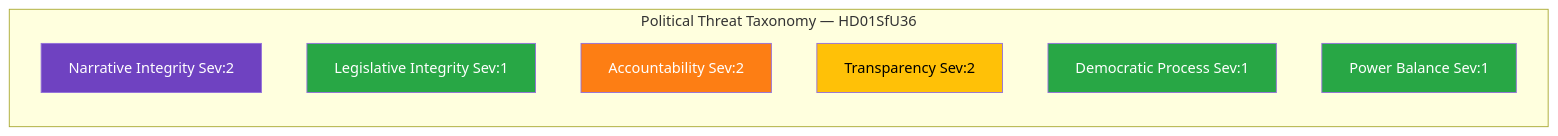
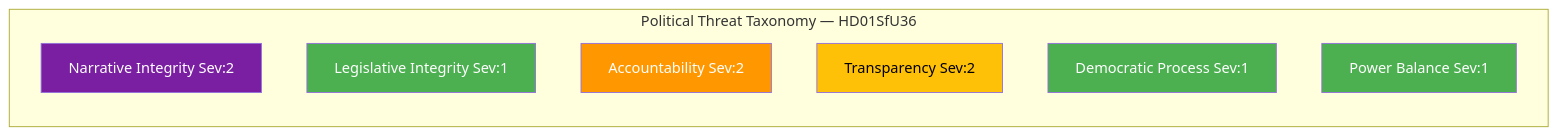
The fourth of 5 diagrams in analysis/daily/2026-04-10/realtime-1424/documents/hd01sfu36-analysis.md (Hack23/riksdagsmonitor), drawn with Mermaid before and after one commit. The commit also changed other lines of this file and 785 other files, not shown here.

First line of the commit message:
Normalize mermaid colors across 786 analysis artifacts to ISMS Style Guide palette

````diff
--- a/analysis/daily/2026-04-10/realtime-1424/documents/hd01sfu36-analysis.md
+++ b/analysis/daily/2026-04-10/realtime-1424/documents/hd01sfu36-analysis.md
@@ -132,17 +132,17 @@
 ```mermaid
 graph LR
     subgraph "Political Threat Taxonomy — HD01SfU36"
         NI["Narrative Integrity Sev:2"]
         LI["Legislative Integrity Sev:1"]
         AC["Accountability Sev:2"]
         TR["Transparency Sev:2"]
         DP["Democratic Process Sev:1"]
         PB["Power Balance Sev:1"]
     end
-    style NI fill:#6f42c1,color:#fff
-    style LI fill:#28a745,color:#fff
-    style AC fill:#fd7e14,color:#fff
-    style TR fill:#ffc107,color:#000
-    style DP fill:#28a745,color:#fff
-    style PB fill:#28a745,color:#fff
+    style NI fill:#7B1FA2,color:#FFFFFF
+    style LI fill:#4CAF50,color:#FFFFFF
+    style AC fill:#FF9800,color:#FFFFFF
+    style TR fill:#FFC107,color:#000000
+    style DP fill:#4CAF50,color:#FFFFFF
+    style PB fill:#4CAF50,color:#FFFFFF
 ```
````
